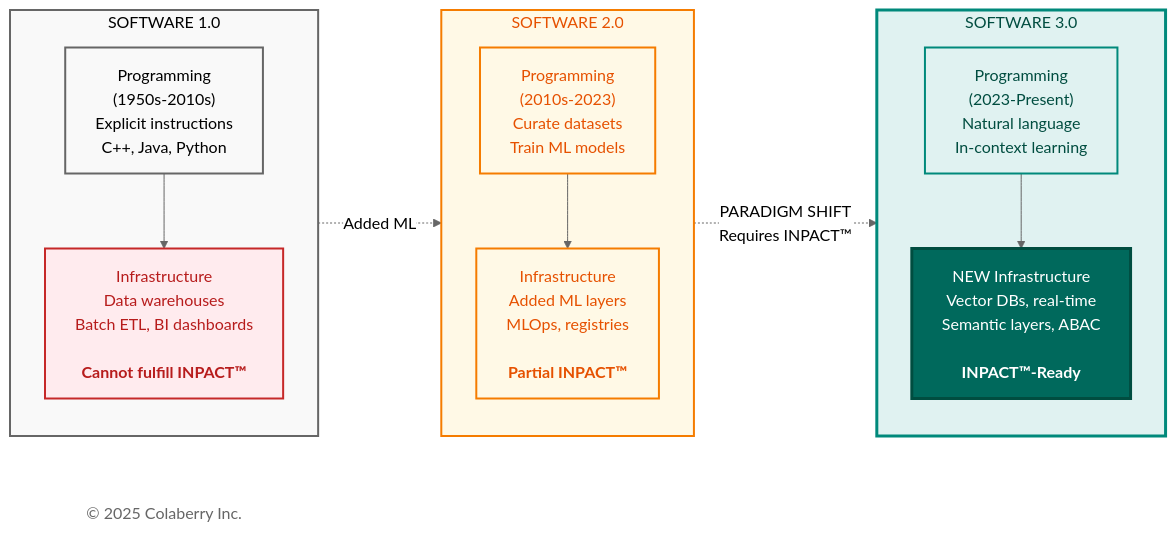
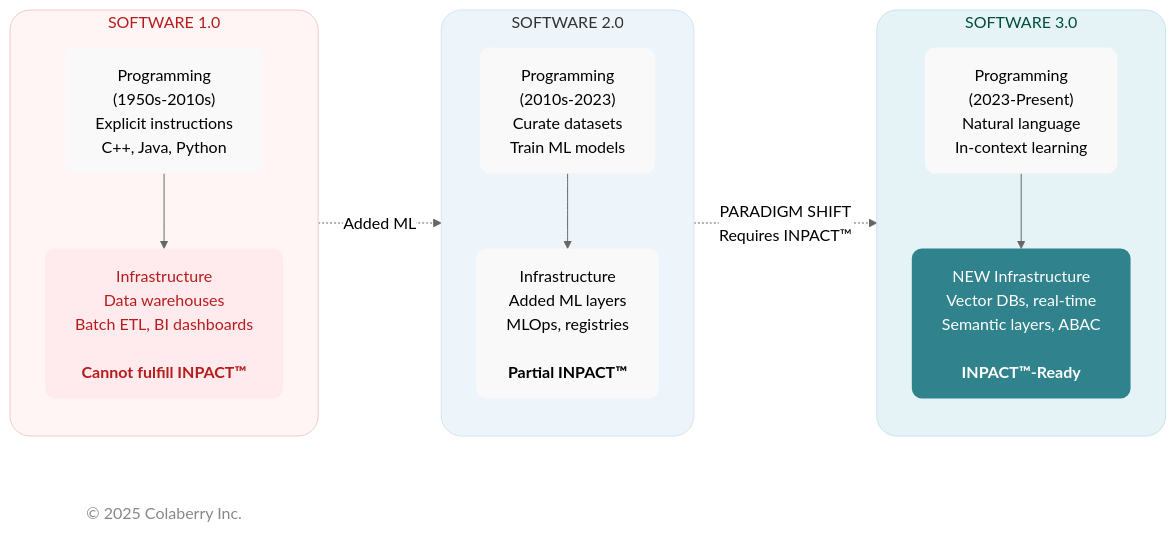
One commit to saitejesh-cyber/trust-before-intelligence-book changed the third of 6 diagrams in manuscript/02_chapter_1_why_agents_fail.md. Above: the diagram before and after it, drawn with Mermaid (neutral theme). The commit also changed other lines of this file and 4 other files, not shown here.

Commit message:
Chapter 1to5: Updated mermaid diagrams based on new colaberry color code

````diff
--- a/manuscript/02_chapter_1_why_agents_fail.md
+++ b/manuscript/02_chapter_1_why_agents_fail.md
@@ -406,38 +407,39 @@
 ```mermaid
 
 graph LR
     subgraph sw1["SOFTWARE 1.0"]
         direction TB
         prog1["Programming<br/>(1950s-2010s)<br/>Explicit instructions<br/>C++, Java, Python"]
         infra1["Infrastructure<br/>Data warehouses<br/>Batch ETL, BI dashboards<br/><br/><b>Cannot fulfill INPACT™"</b>]
         prog1 --> infra1
     end
     subgraph sw2["SOFTWARE 2.0"]
         direction TB
         prog2["Programming<br/>(2010s-2023)<br/>Curate datasets<br/>Train ML models"]
         infra2["Infrastructure<br/>Added ML layers<br/>MLOps, registries<br/><br/><b>Partial INPACT™"</b>]
         prog2 --> infra2
     end
     subgraph sw3["SOFTWARE 3.0"]
         direction TB
         prog3["Programming<br/>(2023-Present)<br/>Natural language<br/>In-context learning"]
         infra3["NEW Infrastructure<br/>Vector DBs, real-time<br/>Semantic layers, ABAC<br/><br/><b>INPACT™-Ready</b>"]
         prog3 --> infra3
     end
     sw1 -.->|"Added ML"| sw2
     sw2 -.->|"PARADIGM SHIFT<br/>Requires INPACT™"| sw3
     
     Copyright["© 2025 Colaberry Inc."]
-    
-    style sw1 fill:#f9f9f9,stroke:#666666,stroke-width:2px,color:#000000
-    style sw2 fill:#fff9e6,stroke:#f57c00,stroke-width:2px,color:#e65100
-    style sw3 fill:#e0f2f1,stroke:#00897b,stroke-width:3px,color:#004d40
-    style prog1 fill:#f9f9f9,stroke:#666666,stroke-width:2px,color:#000000
-    style infra1 fill:#ffebee,stroke:#c62828,stroke-width:2px,color:#b71c1c
-    style prog2 fill:#fff9e6,stroke:#f57c00,stroke-width:2px,color:#e65100
-    style infra2 fill:#fff9e6,stroke:#f57c00,stroke-width:2px,color:#e65100
-    style prog3 fill:#e0f2f1,stroke:#00897b,stroke-width:2px,color:#004d40
-    style infra3 fill:#00695c,color:#ffffff,stroke:#004d40,stroke-width:3px
-    style Copyright fill:#ffffff,stroke:none,color:#666666
+
+    %% SOFTWARE 1.0 — FAILURE / BI-ERA
+    style sw1 fill:#fff5f5,stroke:#f2caca,stroke-width:1px,color:#b71c1c,rx:20,ry:20
+    style infra1 fill:#ffebee,stroke:none,color:#b71c1c,rx:10,ry:10
+    style prog1 fill:#f9f9f9,stroke:none,color:#000000,rx:10,ry:10
+    style sw2 fill:#edf4fa,stroke:#d6e4f2,stroke-width:1px,color:#333333,rx:20,ry:20
+    style prog2 fill:#f9f9f9,stroke:none,color:#000000,rx:10,ry:10
+    style infra2 fill:#f9f9f9,stroke:none,color:#000000,rx:10,ry:10
+    style sw3 fill:#e6f3f6,stroke:#c7e3ea,stroke-width:1px,color:#004d40,rx:20,ry:20
+    style prog3 fill:#f9f9f9,stroke:none,color:#000000,rx:10,ry:10
+    style infra3 fill:#30838C,stroke:none,color:#ffffff,rx:10,ry:10
+    style Copyright fill:none,stroke:none,color:#888888
 
 ```
````
